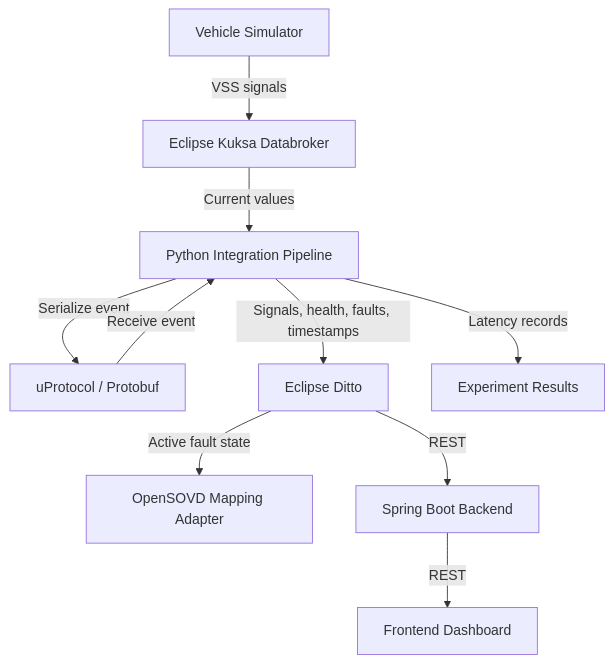
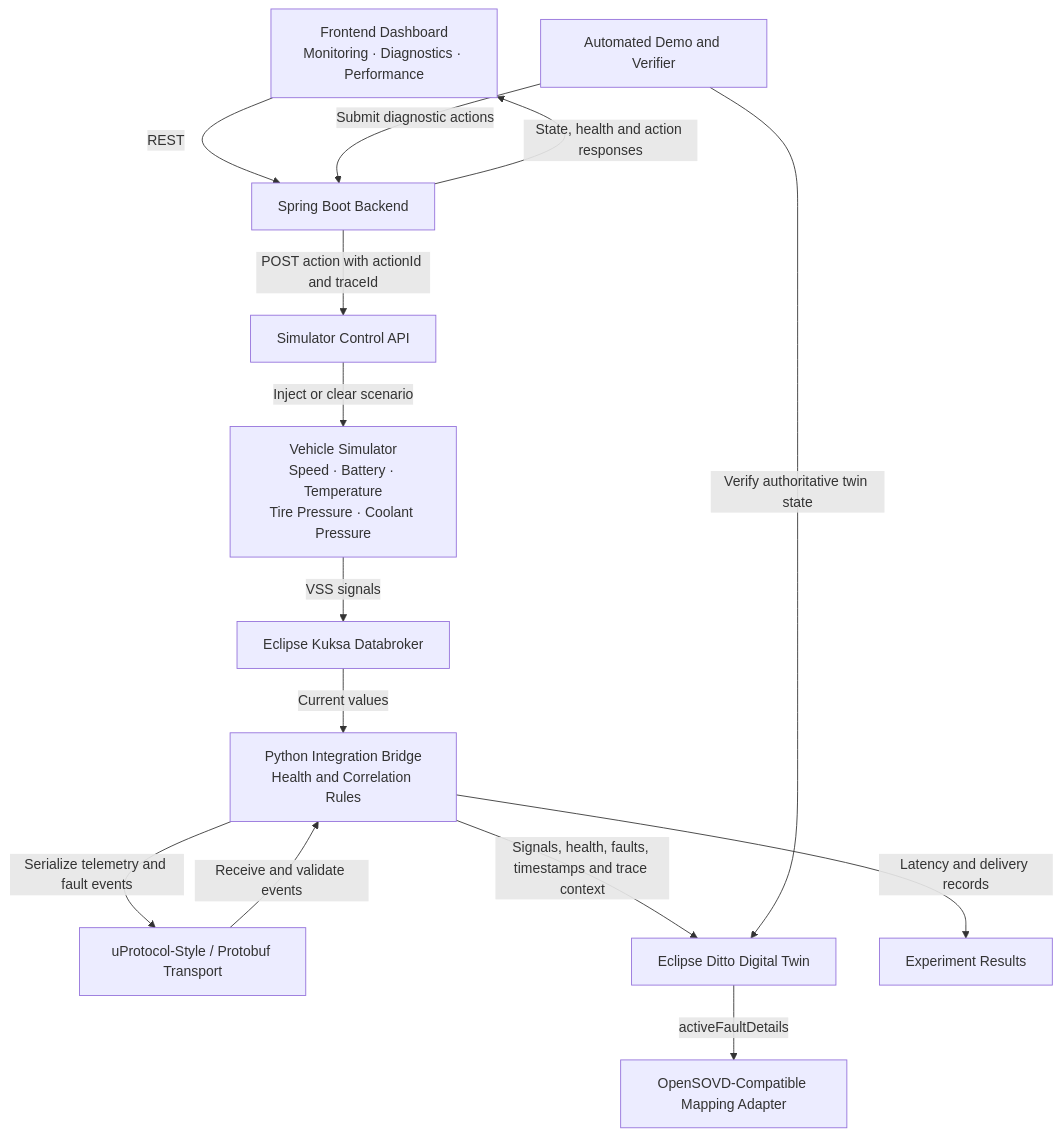
One commit to ankit-suman-07/QA-SDV-Project changed the first of 2 diagrams in README.md. Above: the diagram before and after it, drawn with Mermaid. The commit also changed other lines of this file and 5 other files, not shown here.

````diff
--- a/README.md
+++ b/README.md
@@ -46,12 +32,18 @@
 ```mermaid
 flowchart TD
-    A["Vehicle Simulator"] -->|"VSS signals"| B["Eclipse Kuksa Databroker"]
-    B -->|"Current values"| C["Python Integration Pipeline"]
-    C -->|"Serialize event"| D["uProtocol / Protobuf"]
-    D -->|"Receive event"| C
-    C -->|"Signals, health, faults, timestamps"| E["Eclipse Ditto"]
-    E -->|"Active fault state"| F["OpenSOVD Mapping Adapter"]
-    C -->|"Latency records"| G["Experiment Results"]
-    E -->|"REST"| H["Spring Boot Backend"]
-    H -->|"REST"| I["Frontend Dashboard"]
+    A["Vehicle Simulator<br/>Speed · Battery · Temperature<br/>Tire Pressure · Coolant Pressure"] -->|"VSS signals"| B["Eclipse Kuksa Databroker"]
+    B -->|"Current values"| C["Python Integration Bridge<br/>Health and Correlation Rules"]
+    C -->|"Serialize telemetry and fault events"| D["uProtocol-Style / Protobuf Transport"]
+    D -->|"Receive and validate events"| C
+    C -->|"Signals, health, faults, timestamps and trace context"| E["Eclipse Ditto Digital Twin"]
+    E -->|"activeFaultDetails"| F["OpenSOVD-Compatible Mapping Adapter"]
+    C -->|"Latency and delivery records"| G["Experiment Results"]
+
+    H["Frontend Dashboard<br/>Monitoring · Diagnostics · Performance"] -->|"REST"| I["Spring Boot Backend"]
+    I -->|"POST action with actionId and traceId"| J["Simulator Control API"]
+    J -->|"Inject or clear scenario"| A
+    I -->|"State, health and action responses"| H
+
+    K["Automated Demo and Verifier"] -->|"Submit diagnostic actions"| I
+    K -->|"Verify authoritative twin state"| E
 ```
````
